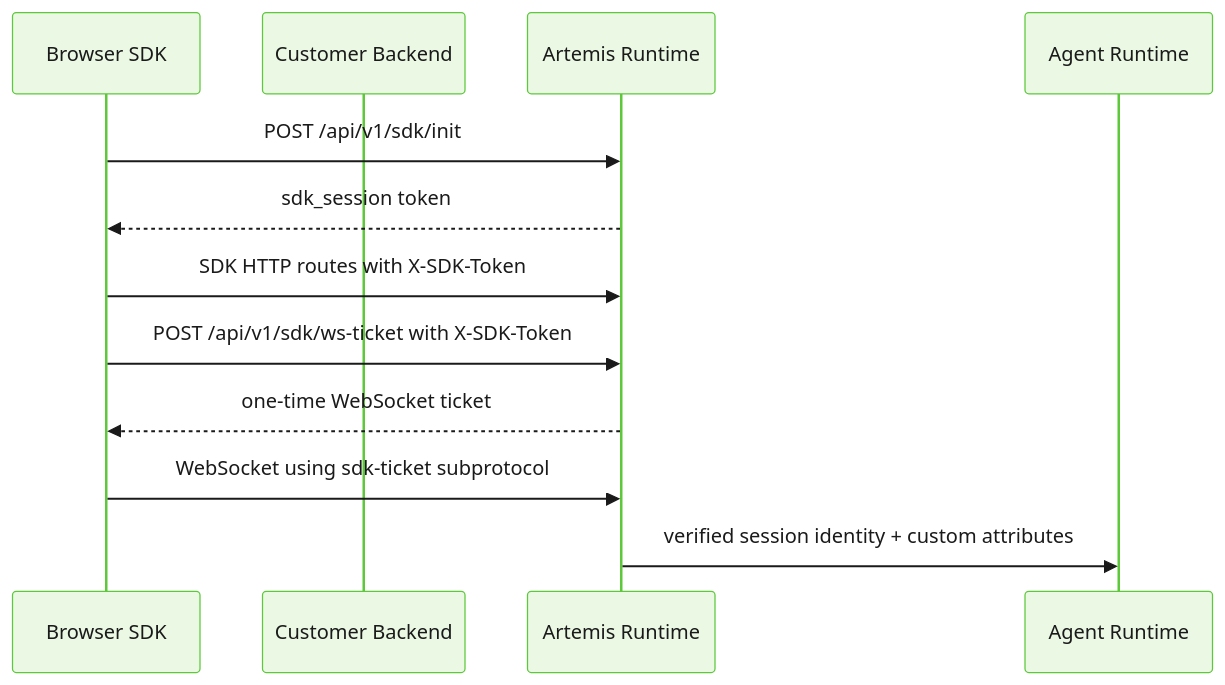
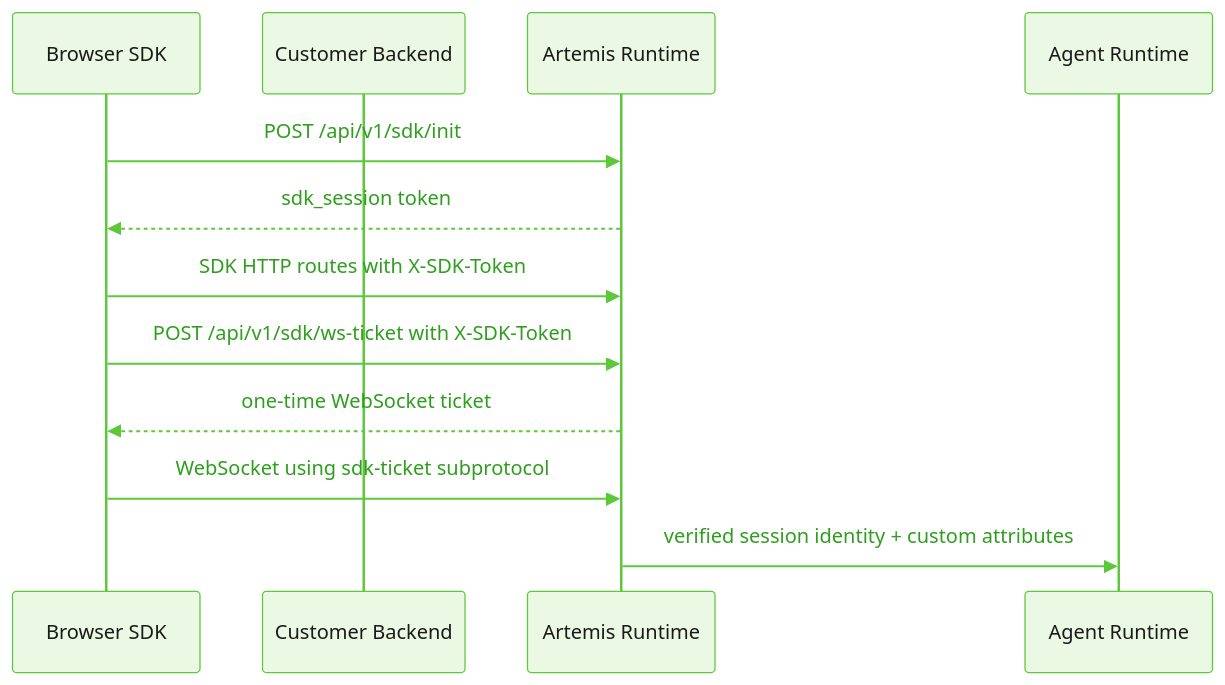
The diagram in agent-platform/sdk/sdk-end-to-end-auth-setup.mdx (Koredotcom/docs-v2), drawn with Mermaid before and after one commit.

Commit message:
color theme fix in the SDK auth doc

````diff
--- a/agent-platform/sdk/sdk-end-to-end-auth-setup.mdx
+++ b/agent-platform/sdk/sdk-end-to-end-auth-setup.mdx
@@ -35,16 +35,16 @@
 ```mermaid actions={false}
-%%{init: {'theme': 'base', 'themeVariables': {'background': 'transparent', 'primaryColor': '#EAF8E4', 'primaryTextColor': '#1a1a1a', 'primaryBorderColor': '#5CC83A', 'lineColor': '#5CC83A', 'secondaryColor': 'transparent', 'tertiaryColor': 'transparent', 'clusterBkg': 'transparent', 'clusterBorder': '#5CC83A', 'titleColor': '#1a1a1a', 'clusterLabelBackground': 'transparent', 'edgeLabelBackground': '#EAF8E4'}}}%%
+%%{init: {'theme': 'base', 'themeVariables': {'background': 'transparent', 'primaryColor': '#EAF8E4', 'primaryTextColor': '#1a1a1a', 'primaryBorderColor': '#5CC83A', 'lineColor': '#5CC83A', 'secondaryColor': 'transparent', 'tertiaryColor': 'transparent', 'clusterBkg': 'transparent', 'clusterBorder': '#5CC83A', 'titleColor': '#1a1a1a', 'clusterLabelBackground': 'transparent', 'edgeLabelBackground': '#EAF8E4', 'actorBkg': '#EAF8E4', 'actorBorder': '#5CC83A', 'actorTextColor': '#1a1a1a', 'actorLineColor': '#5CC83A', 'signalColor': '#5CC83A', 'signalTextColor': '#2F9E1E', 'labelBoxBkgColor': '#EAF8E4', 'labelBoxBorderColor': '#5CC83A', 'labelTextColor': '#1a1a1a', 'loopTextColor': '#2F9E1E', 'noteBkgColor': '#EAF8E4', 'noteBorderColor': '#5CC83A', 'noteTextColor': '#1a1a1a', 'activationBorderColor': '#5CC83A', 'activationBkgColor': '#EAF8E4', 'sequenceNumberColor': '#2F9E1E'}}}%%
 sequenceDiagram
   participant Browser as Browser SDK
   participant Customer as Customer Backend
   participant Runtime as Artemis Runtime
   participant Bot as Agent Runtime
 
   Browser->>Runtime: POST /api/v1/sdk/init
   Runtime-->>Browser: sdk_session token
   Browser->>Runtime: SDK HTTP routes with X-SDK-Token
   Browser->>Runtime: POST /api/v1/sdk/ws-ticket with X-SDK-Token
   Runtime-->>Browser: one-time WebSocket ticket
   Browser->>Runtime: WebSocket using sdk-ticket subprotocol
   Runtime->>Bot: verified session identity + custom attributes
 ```
````
